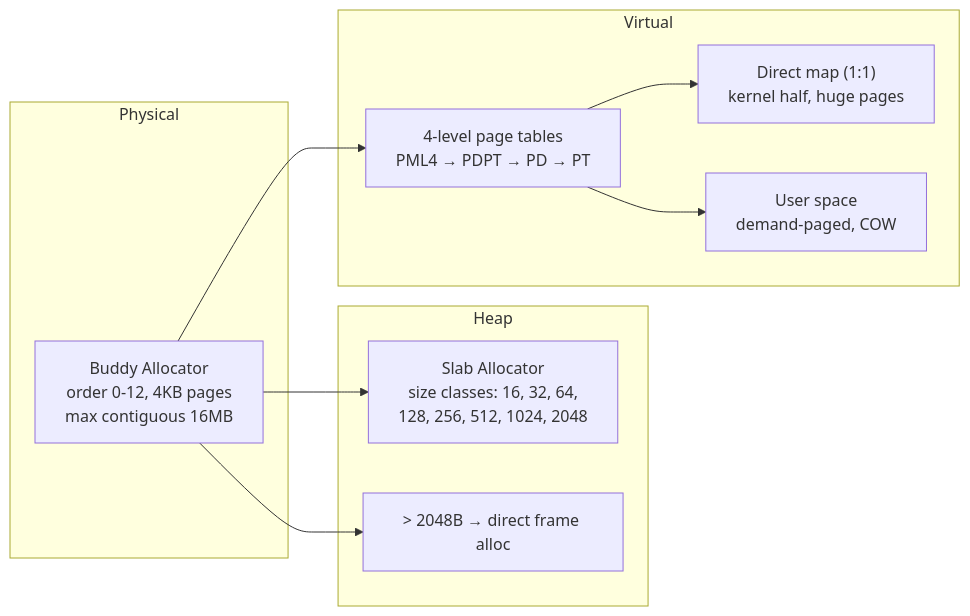
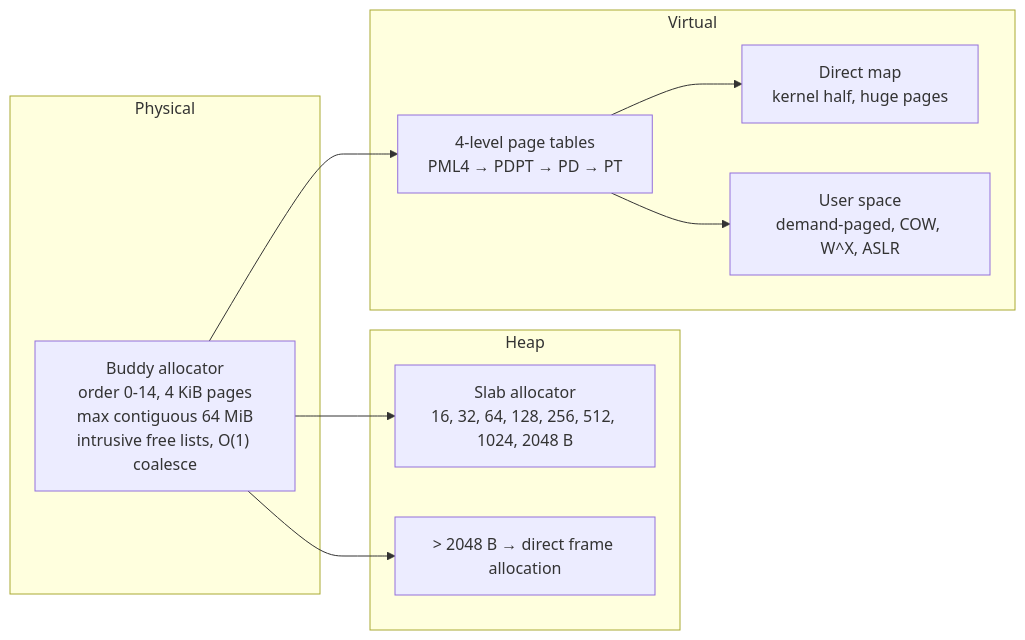
One commit to sgj123456/MPOS changed the third of 5 diagrams in README.md. Above: the diagram before and after it, drawn with Mermaid. The commit also changed other lines of this file and 3 other files, not shown here.

First line of the commit message:
docs: AGENTS.md and ARCHITECTURE.md, a README that matches the tree, and PLAN.md's status

````diff
--- a/README.md
+++ b/README.md
@@ -139,23 +174,20 @@
 ```mermaid
 graph LR
     subgraph Physical
-        PMM["Buddy Allocator<br/>order 0-12, 4KB pages<br/>max contiguous 16MB"]
+        PMM["Buddy allocator<br/>order 0-14, 4 KiB pages<br/>max contiguous 64 MiB<br/>intrusive free lists, O(1) coalesce"]
     end
-
     subgraph Heap
-        SLAB["Slab Allocator<br/>size classes: 16, 32, 64,<br/>128, 256, 512, 1024, 2048"]
-        LARGE["> 2048B → direct frame alloc"]
+        SLAB["Slab allocator<br/>16, 32, 64, 128, 256, 512, 1024, 2048 B"]
+        LARGE["> 2048 B → direct frame allocation"]
     end
-
     subgraph Virtual
         PT["4-level page tables<br/>PML4 → PDPT → PD → PT"]
-        HHDM["Direct map (1:1)<br/>kernel half, huge pages"]
-        USER["User space<br/>demand-paged, COW"]
+        HHDM["Direct map<br/>kernel half, huge pages"]
+        USER["User space<br/>demand-paged, COW, W^X, ASLR"]
     end
-
     PMM --> SLAB
     PMM --> LARGE
     PMM --> PT
     PT --> HHDM
     PT --> USER
 ```
````
